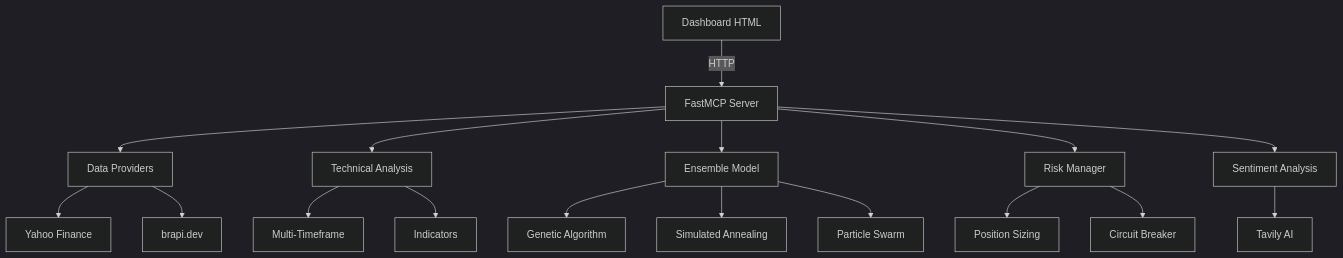
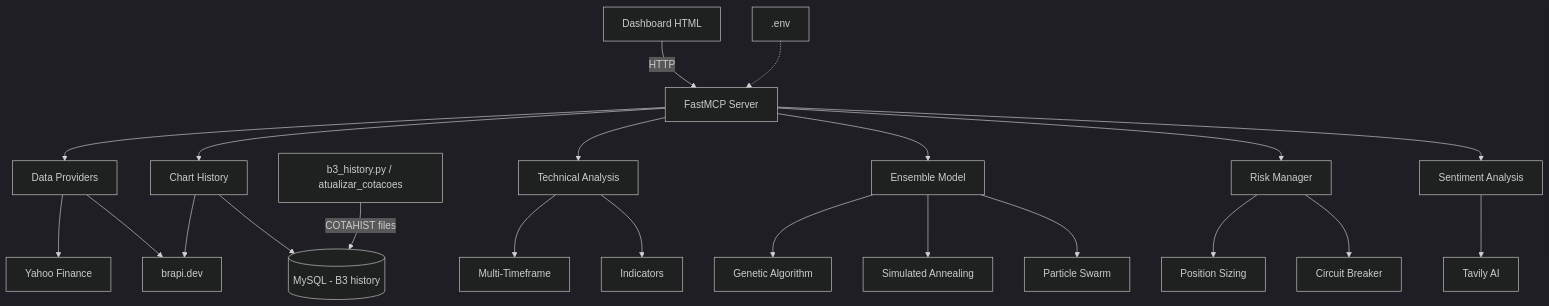
Before and after one commit to sinvalfelisberto/nexus-trade-pro: the diagram in README.md, drawn with Mermaid (dark theme). The commit also changed other lines of this file and 21 other files, not shown here.

````diff
--- a/README.md
+++ b/README.md
@@ -104,19 +228,24 @@
 ```mermaid
 graph TD
     A[Dashboard HTML] -->|HTTP| B[FastMCP Server]
     B --> C[Data Providers]
     C --> D[Yahoo Finance]
     C --> E[brapi.dev]
+    B --> H2[Chart History]
+    H2 --> DB[(MySQL - B3 history)]
+    H2 --> E
+    U[b3_history.py / atualizar_cotacoes] -->|COTAHIST files| DB
     B --> F[Technical Analysis]
     F --> G[Multi-Timeframe]
     F --> H[Indicators]
     B --> I[Ensemble Model]
     I --> J[Genetic Algorithm]
     I --> K[Simulated Annealing]
     I --> L[Particle Swarm]
     B --> M[Risk Manager]
     M --> N[Position Sizing]
     M --> O[Circuit Breaker]
     B --> P[Sentiment Analysis]
     P --> Q[Tavily AI]
+    CFG[.env] -.-> B
 ```
````
